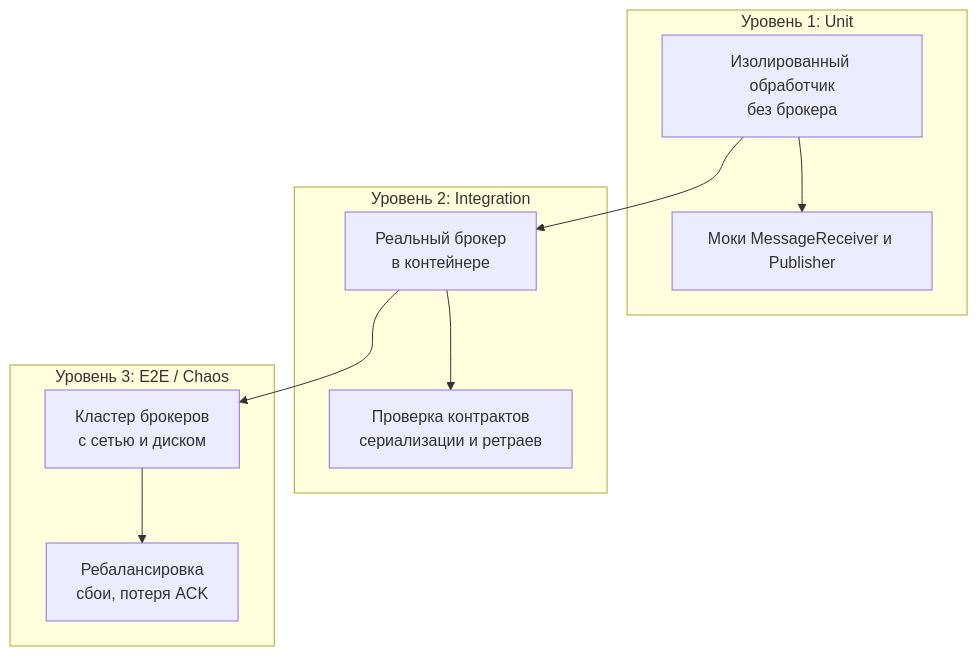
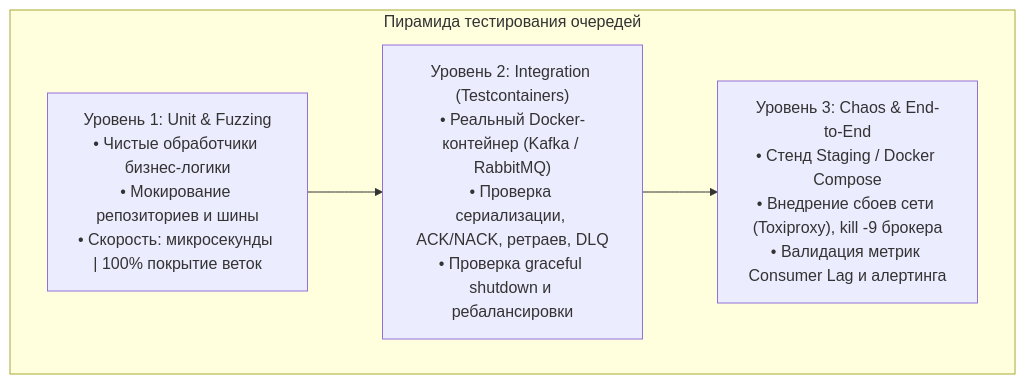
One commit to UnrealTemplier/go-textbook changed the second of 3 diagrams in sources/13. Очереди, брокеры сообщений и оркестраторы/07. Практика/7. Тестирование async систем.md. Above: the diagram before and after it, drawn with Mermaid. The commit also changed other lines of this file, not shown here.

````diff
--- a/sources/13. Очереди, брокеры сообщений и оркестраторы/07. Практика/7. Тестирование async систем.md
+++ b/sources/13. Очереди, брокеры сообщений и оркестраторы/07. Практика/7. Тестирование async систем.md
@@ -13,13 +48,9 @@
 ```mermaid
 flowchart TD
-    subgraph "Уровень 1: Unit"
-        U1["Изолированный обработчик<br>без брокера"] --> U2["Моки MessageReceiver и Publisher"]
+    subgraph "Пирамида тестирования очередей"
+        L1["Уровень 1: Unit & Fuzzing<br>• Чистые обработчики бизнес-логики<br>• Мокирование репозиториев и шины<br>• Скорость: микросекунды | 100% покрытие веток"]
+        L2["Уровень 2: Integration (Testcontainers)<br>• Реальный Docker-контейнер (Kafka / RabbitMQ)<br>• Проверка сериализации, ACK/NACK, ретраев, DLQ<br>• Проверка graceful shutdown и ребалансировки"]
+        L3["Уровень 3: Chaos & End-to-End<br>• Стенд Staging / Docker Compose<br>• Внедрение сбоев сети (Toxiproxy), kill -9 брокера<br>• Валидация метрик Consumer Lag и алертинга"]
     end
-    subgraph "Уровень 2: Integration"
-        I1["Реальный брокер<br>в контейнере"] --> I2["Проверка контрактов<br>сериализации и ретраев"]
-    end
-    subgraph "Уровень 3: E2E / Chaos"
-        E1["Кластер брокеров<br>с сетью и диском"] --> E2["Ребалансировка<br>сбои, потеря ACK"]
-    end
-    U1 --> I1 --> E1
+    L1 --> L2 --> L3
 ```
````
